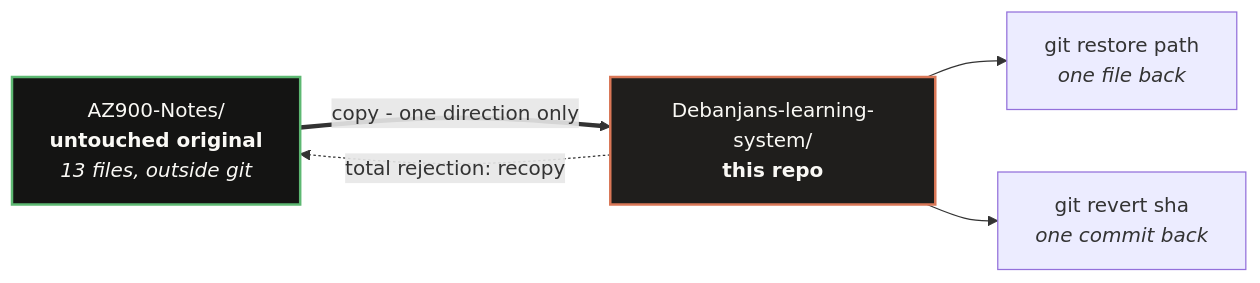
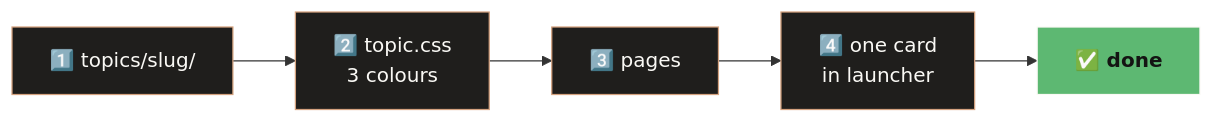
Before and after one commit to debsumar/Debanjans-learning-system: the third of 3 diagrams in README.md, drawn with Mermaid. The commit also changed other lines of this file, not shown here.

````diff
--- a/README.md
+++ b/README.md
@@ -463,16 +120,8 @@
 ```mermaid
 flowchart LR
-  SRC["AZ900-Notes/<br/><b>untouched original</b><br/><i>13 files, outside git</i>"]
-  NEW["Debanjans-learning-system/<br/><b>this repo</b>"]
-  R1["git restore path<br/><i>one file back</i>"]
-  R2["git revert sha<br/><i>one commit back</i>"]
-  SRC ==>|"copy - one direction only"| NEW
-  NEW --> R1
-  NEW --> R2
-  NEW -.->|"total rejection: recopy"| SRC
-
-  classDef src fill:#141413,stroke:#5db872,stroke-width:2px,color:#faf9f5
-  classDef new fill:#1f1e1c,stroke:#d97757,stroke-width:2px,color:#faf9f5
-  class SRC src
-  class NEW new
+  A["1️⃣ topics/slug/"] --> B["2️⃣ topic.css<br/>3 colours"] --> C["3️⃣ pages"] --> D["4️⃣ one card<br/>in launcher"] --> E["✅ done"]
+  classDef s fill:#1f1e1c,stroke:#d4a27f,color:#faf9f5
+  classDef d fill:#5db872,stroke:#faf9f5,color:#141413,font-weight:bold
+  class A,B,C,D s
+  class E d
 ```
````
